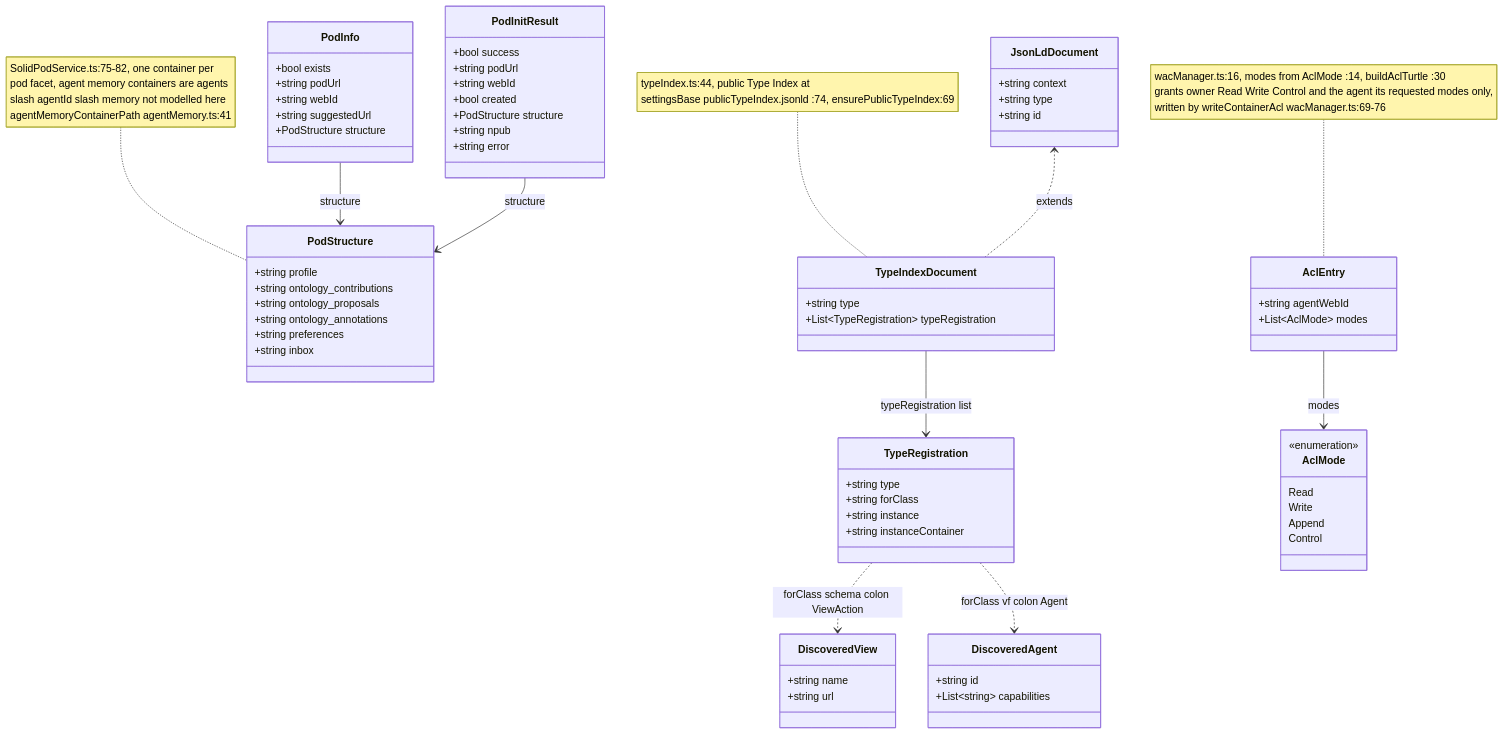
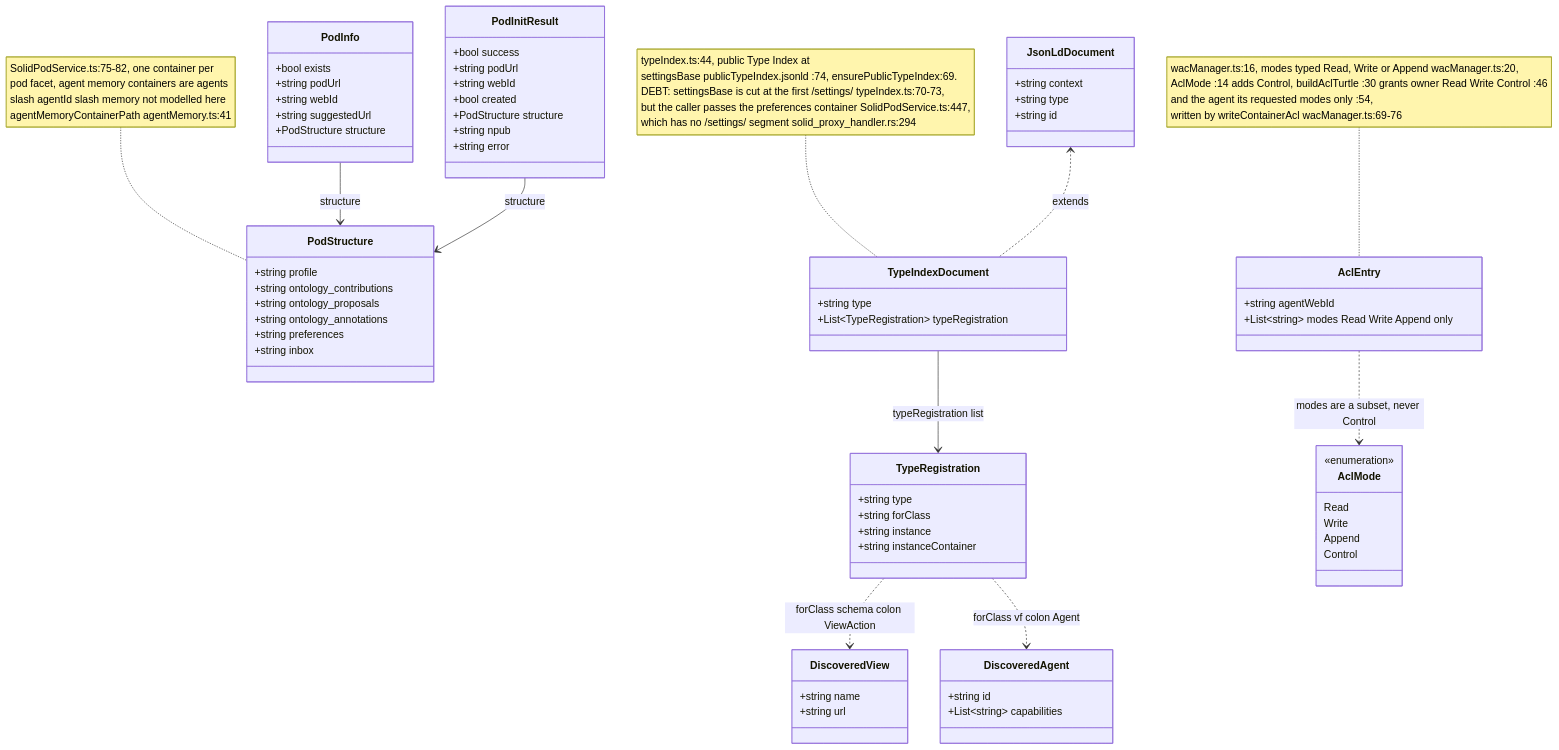
Before and after one commit to DreamLab-AI/VisionFlow: the seventh of 13 diagrams in docs/diagrams/estate/08-solid-pod-estate.md, drawn with Mermaid. The commit also changed other lines of this file and 91 other files, not shown here.

````diff
--- a/docs/diagrams/estate/08-solid-pod-estate.md
+++ b/docs/diagrams/estate/08-solid-pod-estate.md
@@ -318,73 +336,73 @@
 ```mermaid
 classDiagram
     class PodStructure {
         +string profile
         +string ontology_contributions
         +string ontology_proposals
         +string ontology_annotations
         +string preferences
         +string inbox
     }
     class PodInfo {
         +bool exists
         +string podUrl
         +string webId
         +string suggestedUrl
         +PodStructure structure
     }
     class PodInitResult {
         +bool success
         +string podUrl
         +string webId
         +bool created
         +PodStructure structure
         +string npub
         +string error
     }
     class JsonLdDocument {
         +string context
         +string type
         +string id
     }
     class TypeIndexDocument {
         +string type
         +List~TypeRegistration~ typeRegistration
     }
     class TypeRegistration {
         +string type
         +string forClass
         +string instance
         +string instanceContainer
     }
     class DiscoveredView {
         +string name
         +string url
     }
     class DiscoveredAgent {
         +string id
         +List~string~ capabilities
     }
     class AclEntry {
         +string agentWebId
-        +List~AclMode~ modes
+        +List~string~ modes Read Write Append only
     }
     class AclMode {
         <<enumeration>>
         Read
         Write
         Append
         Control
     }
 
     PodInfo --> PodStructure : structure
     PodInitResult --> PodStructure : structure
     JsonLdDocument <.. TypeIndexDocument : extends
     TypeIndexDocument --> TypeRegistration : typeRegistration list
     TypeRegistration ..> DiscoveredView : forClass schema colon ViewAction
     TypeRegistration ..> DiscoveredAgent : forClass vf colon Agent
-    AclEntry --> AclMode : modes
+    AclEntry ..> AclMode : modes are a subset, never Control
 
     note for PodStructure "SolidPodService.ts:75-82, one container per<br/>pod facet, agent memory containers are agents<br/>slash agentId slash memory not modelled here<br/>agentMemoryContainerPath agentMemory.ts:41"
-    note for TypeIndexDocument "typeIndex.ts:44, public Type Index at<br/>settingsBase publicTypeIndex.jsonld :74, ensurePublicTypeIndex:69"
-    note for AclEntry "wacManager.ts:16, modes from AclMode :14, buildAclTurtle :30<br/>grants owner Read Write Control and the agent its requested modes only,<br/>written by writeContainerAcl wacManager.ts:69-76"
+    note for TypeIndexDocument "typeIndex.ts:44, public Type Index at<br/>settingsBase publicTypeIndex.jsonld :74, ensurePublicTypeIndex:69.<br/>DEBT: settingsBase is cut at the first /settings/ typeIndex.ts:70-73,<br/>but the caller passes the preferences container SolidPodService.ts:447,<br/>which has no /settings/ segment solid_proxy_handler.rs:294"
+    note for AclEntry "wacManager.ts:16, modes typed Read, Write or Append wacManager.ts:20,<br/>AclMode :14 adds Control, buildAclTurtle :30 grants owner Read Write Control :46<br/>and the agent its requested modes only :54,<br/>written by writeContainerAcl wacManager.ts:69-76"
 ```
````
